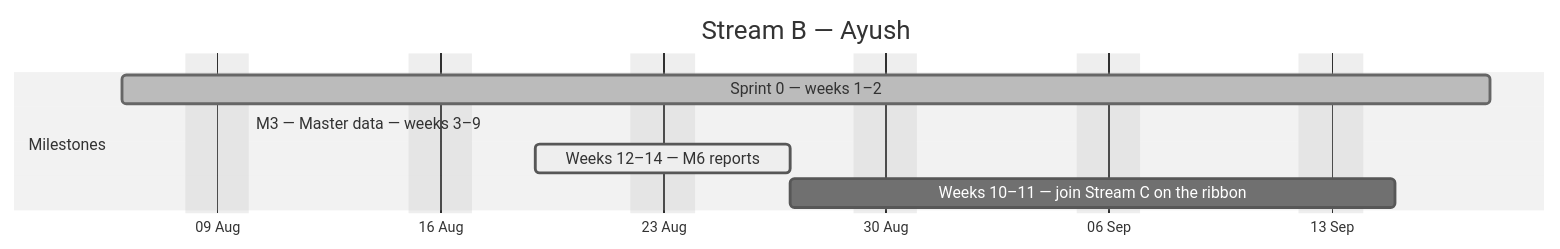
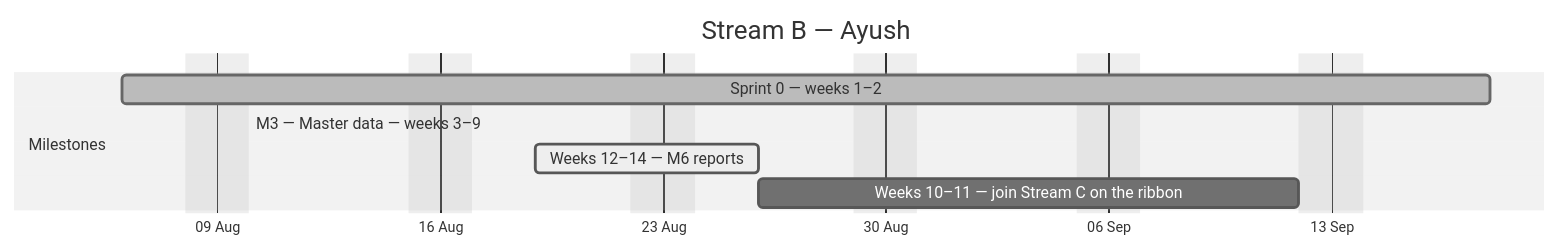
Before and after one commit to debashisedunext/EduTrack: the second of 4 diagrams in docs/plan/GANTT.md, drawn with Mermaid (neutral theme). The commit also changed other lines of this file and 3 other files, not shown here.

````diff
--- a/docs/plan/GANTT.md
+++ b/docs/plan/GANTT.md
@@ -105,12 +105,12 @@
 ```mermaid
 gantt
     dateFormat YYYY-MM-DD
     axisFormat %d %b
     title Stream B — Ayush
     excludes weekends
     section Milestones
     Sprint 0 — weeks 1–2 :done, b0, 2026-08-06, 31d
-    M3 — Master data — weeks 3–9 :active, b1, 2026-08-10, -7d
-    Weeks 12–14 — M6 reports :active, b2, 2026-08-19, 6d
-    Weeks 10–11 — join Stream C on the ribbon :b3, 2026-08-27, 13d
+    M3 — Master data — weeks 3–9 :active, b1, 2026-08-10, -8d
+    Weeks 12–14 — M6 reports :active, b2, 2026-08-19, 5d
+    Weeks 10–11 — join Stream C on the ribbon :b3, 2026-08-26, 13d
 ```
````
